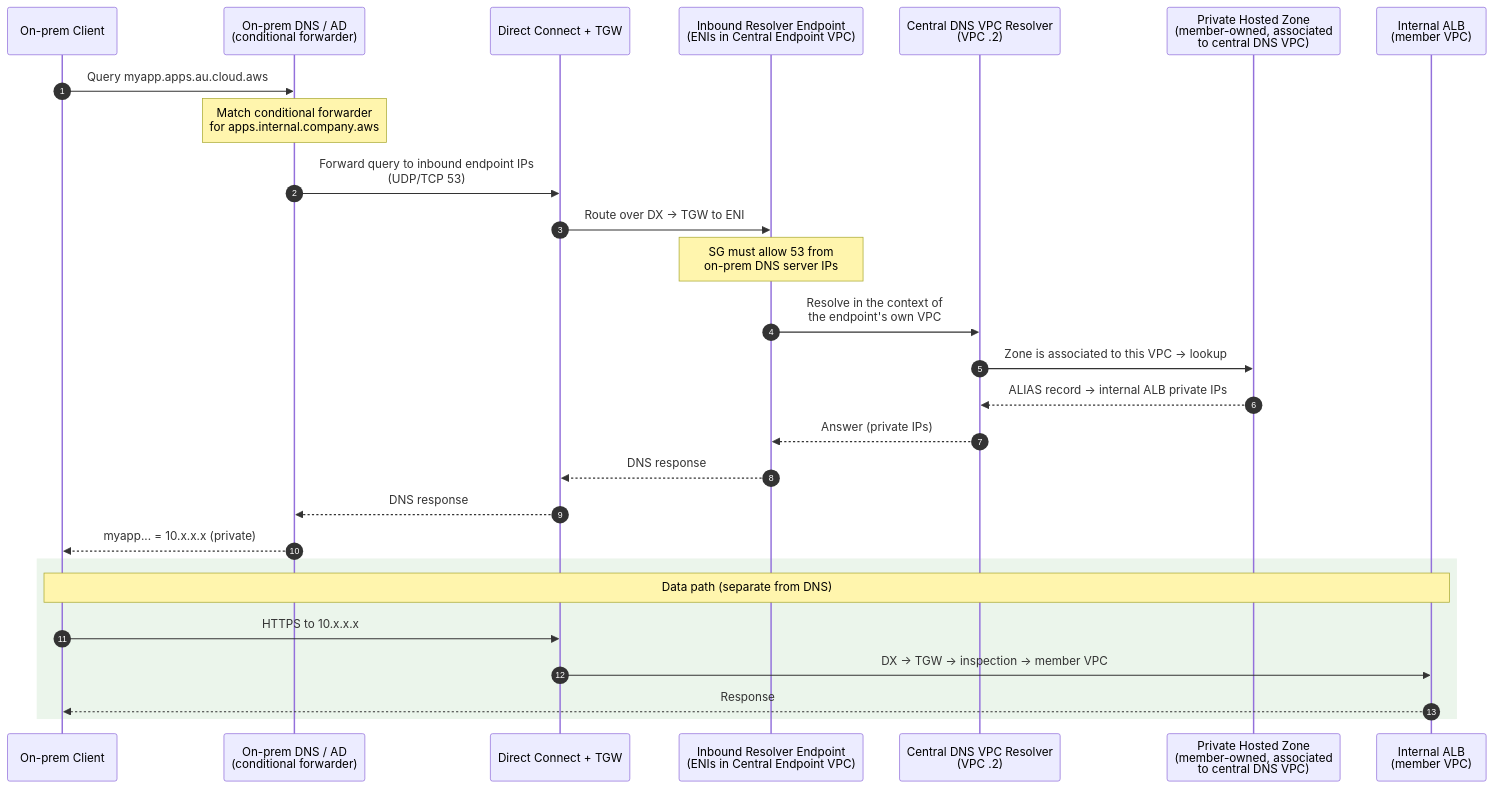
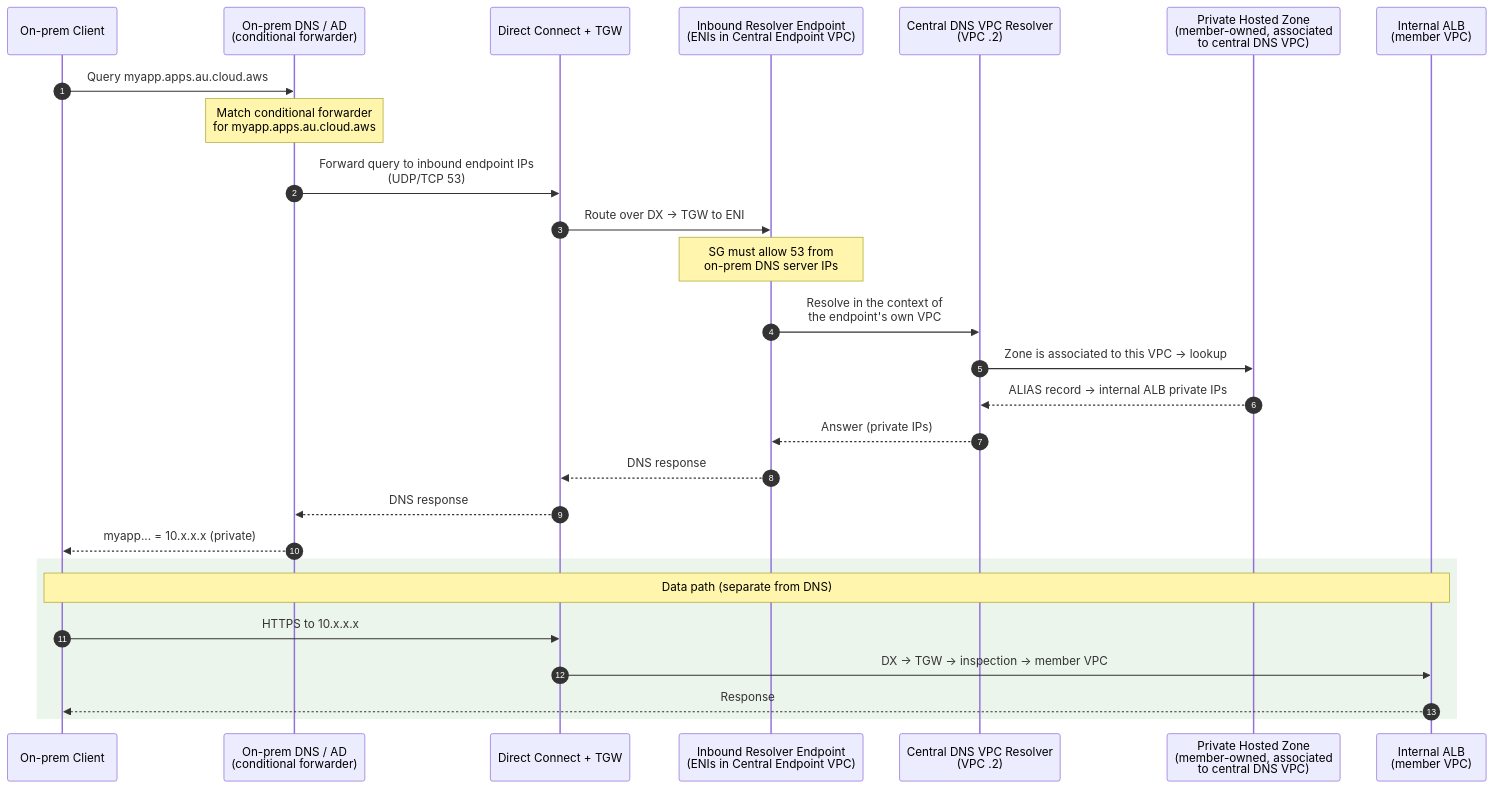
The first of 3 diagrams in reference-env/dnsResolution/flow.md (joshuamfrancis/Wikis), drawn with Mermaid before and after one commit.

Commit message:
update dns

````diff
--- a/reference-env/dnsResolution/flow.md
+++ b/reference-env/dnsResolution/flow.md
@@ -16,31 +16,31 @@
 ```mermaid
 sequenceDiagram
     autonumber
     participant C as On-prem Client
     participant AD as On-prem DNS / AD<br/>(conditional forwarder)
     participant DX as Direct Connect + TGW
     participant IN as Inbound Resolver Endpoint<br/>(ENIs in Central Endpoint VPC)
     participant R53 as Central DNS VPC Resolver<br/>(VPC .2)
     participant PHZ as Private Hosted Zone<br/>(member-owned, associated<br/>to central DNS VPC)
     participant ALB as Internal ALB<br/>(member VPC)
 
     C->>AD: Query myapp.apps.au.cloud.aws
-    Note over AD: Match conditional forwarder<br/>for apps.internal.company.aws
+    Note over AD: Match conditional forwarder<br/>for myapp.apps.au.cloud.aws
     AD->>DX: Forward query to inbound endpoint IPs<br/>(UDP/TCP 53)
     DX->>IN: Route over DX → TGW to ENI
     Note over IN: SG must allow 53 from<br/>on-prem DNS server IPs
     IN->>R53: Resolve in the context of<br/>the endpoint's own VPC
     R53->>PHZ: Zone is associated to this VPC → lookup
     PHZ-->>R53: ALIAS record → internal ALB private IPs
     R53-->>IN: Answer (private IPs)
     IN-->>DX: DNS response
     DX-->>AD: DNS response
     AD-->>C: myapp... = 10.x.x.x (private)
 
     rect rgb(235, 245, 235)
     Note over C,ALB: Data path (separate from DNS)
     C->>DX: HTTPS to 10.x.x.x
     DX->>ALB: DX → TGW → inspection → member VPC
     ALB-->>C: Response
     end
 ```
````
